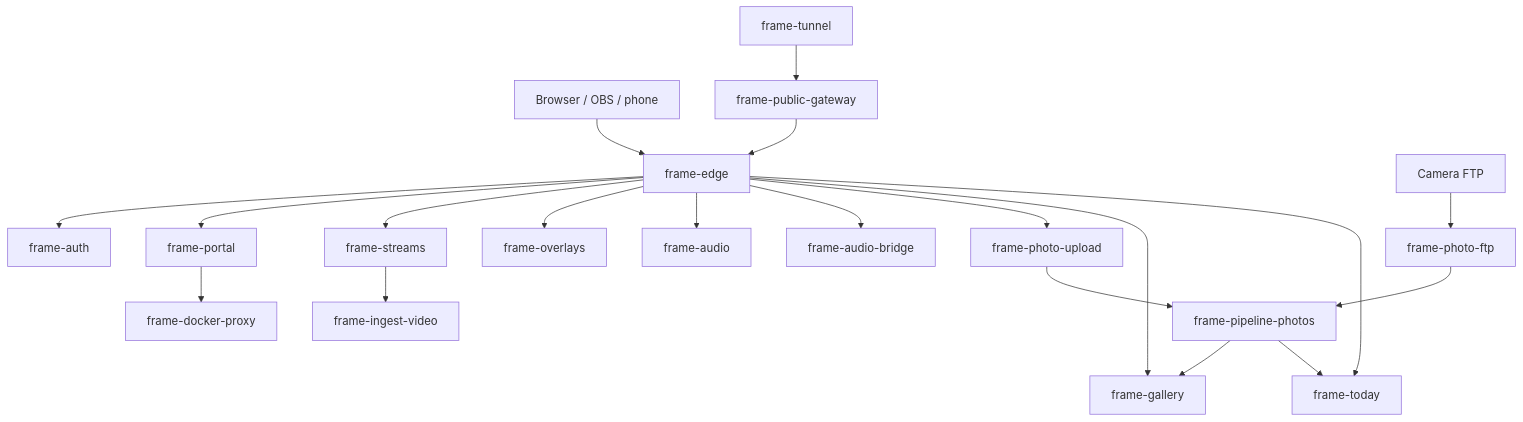
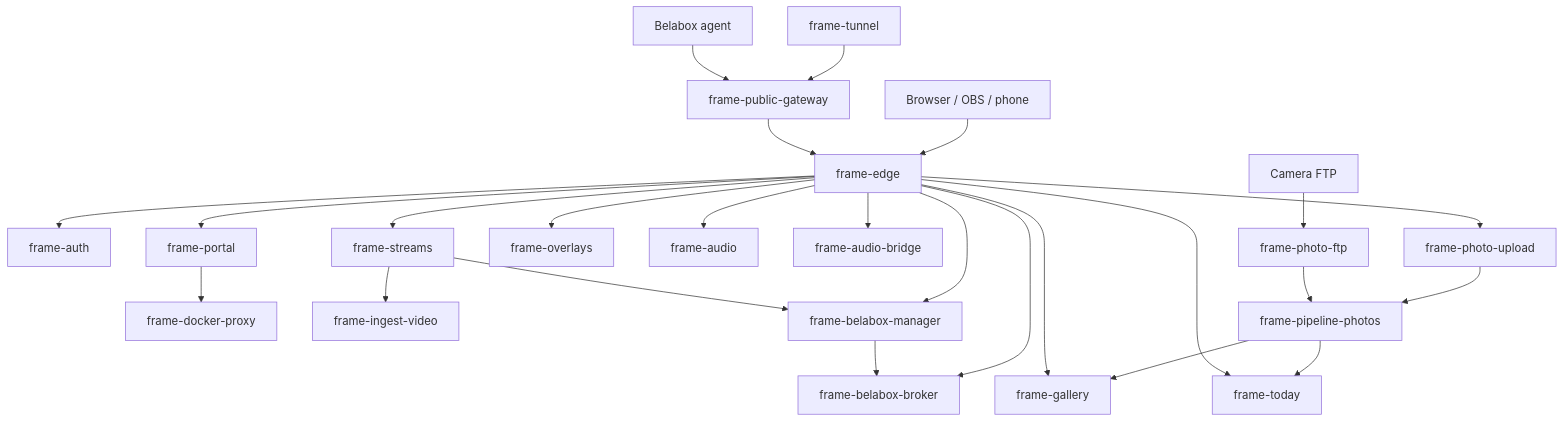
Before and after one commit to gall-levi-code/Syronius_FRAME: the diagram in README.md, drawn with Mermaid. The commit also changed other lines of this file and 11 other files, not shown here.

````diff
--- a/README.md
+++ b/README.md
@@ -175,26 +190,32 @@
 ```mermaid
 flowchart TD
   operator["Browser / OBS / phone"] --> edge["frame-edge"]
   edge --> auth["frame-auth"]
   edge --> portal["frame-portal"]
   portal --> dockerProxy["frame-docker-proxy"]
 
   tunnel["frame-tunnel"] --> publicGateway["frame-public-gateway"]
   publicGateway --> edge
 
   edge --> streams["frame-streams"]
   streams --> ingestVideo["frame-ingest-video"]
   edge --> overlays["frame-overlays"]
 
+  belabox["Belabox agent"] --> publicGateway
+  edge --> belaboxBroker["frame-belabox-broker"]
+  belaboxManager["frame-belabox-manager"] --> belaboxBroker
+  edge --> belaboxManager
+  streams --> belaboxManager
+
   edge --> audio["frame-audio"]
   edge --> audioBridge["frame-audio-bridge"]
 
   edge --> photoUpload["frame-photo-upload"]
   camera["Camera FTP"] --> photoFtp["frame-photo-ftp"]
   photoUpload --> photoPipeline["frame-pipeline-photos"]
   photoFtp --> photoPipeline
   photoPipeline --> gallery["frame-gallery"]
   photoPipeline --> today["frame-today"]
   edge --> gallery
   edge --> today
 ```
````
